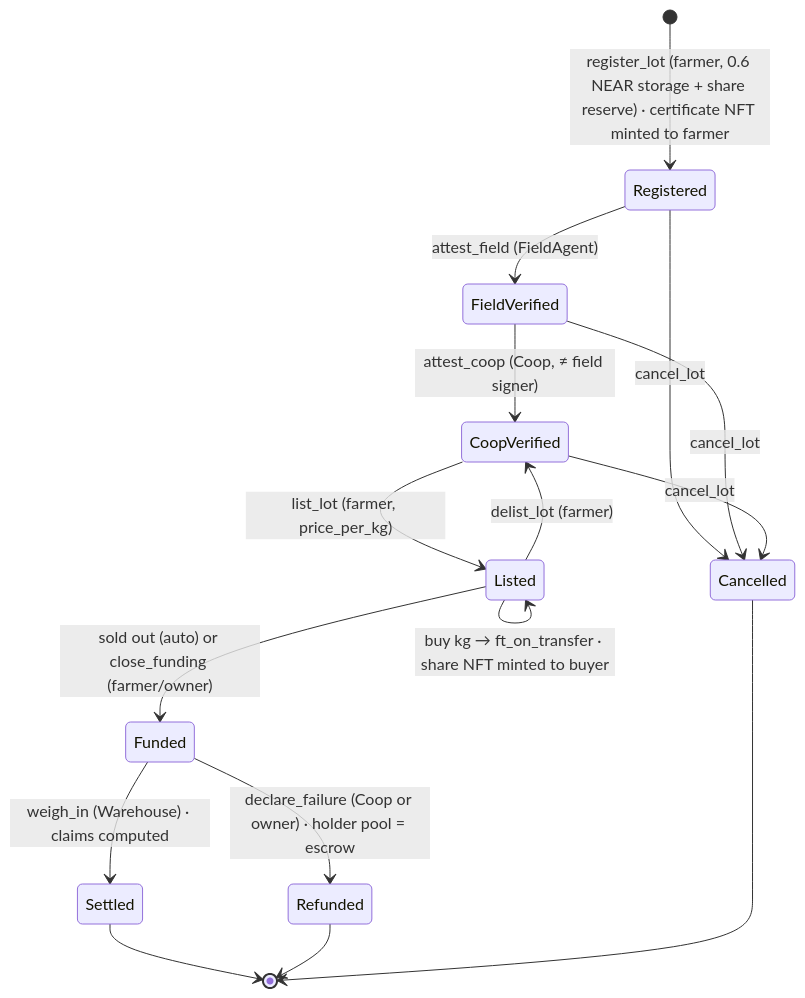
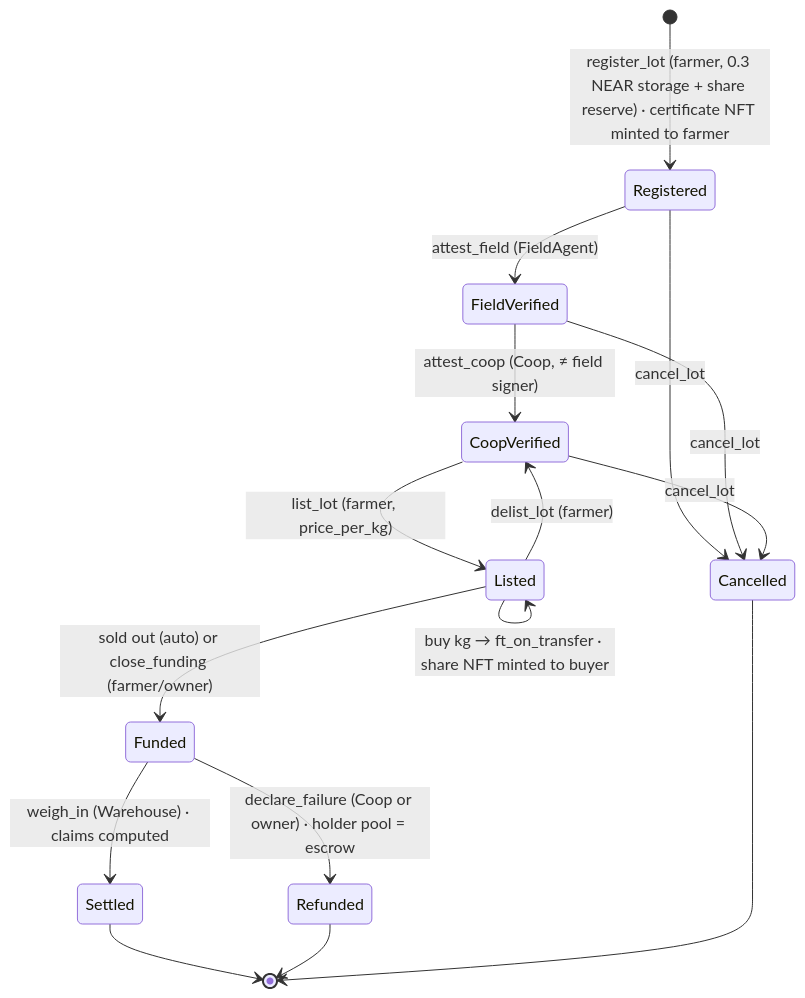
One commit to hellodanzr/pratala-near changed the second of 4 diagrams in docs/ARCHITECTURE.md. Above: the diagram before and after it, drawn with Mermaid. The commit also changed 15 other files, not shown here.

First line of the commit message:
feat: halve register_lot deposit to 0.3 NEAR (20 KB reserve, 32-share cap)

````diff
--- a/docs/ARCHITECTURE.md
+++ b/docs/ARCHITECTURE.md
@@ -53,19 +53,19 @@
 ```mermaid
 stateDiagram-v2
-  [*] --> Registered: register_lot (farmer, 0.6 NEAR storage + share reserve) · certificate NFT minted to farmer
+  [*] --> Registered: register_lot (farmer, 0.3 NEAR storage + share reserve) · certificate NFT minted to farmer
   Registered --> FieldVerified: attest_field (FieldAgent)
   FieldVerified --> CoopVerified: attest_coop (Coop, ≠ field signer)
   CoopVerified --> Listed: list_lot (farmer, price_per_kg)
   Listed --> CoopVerified: delist_lot (farmer)
   Listed --> Listed: update_price (farmer)
   Listed --> Listed: buy kg → ft_on_transfer · share NFT minted to buyer
   Listed --> Funded: sold out (auto) or close_funding (farmer/owner)
   Funded --> Settled: weigh_in (Warehouse) · claims computed
   Funded --> Refunded: declare_failure (Coop or owner) · holder pool = escrow
   Registered --> Cancelled: cancel_lot
   FieldVerified --> Cancelled: cancel_lot
   CoopVerified --> Cancelled: cancel_lot
   Settled --> [*]
   Refunded --> [*]
   Cancelled --> [*]
 ```
````
